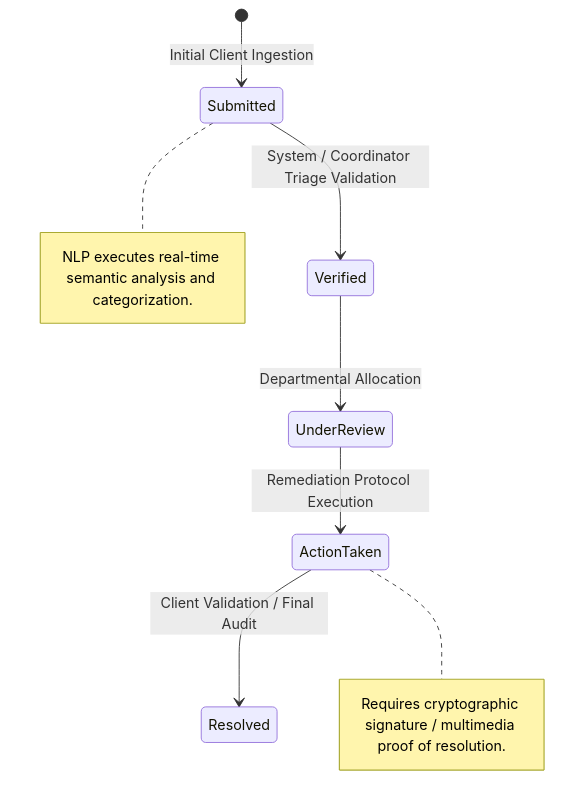
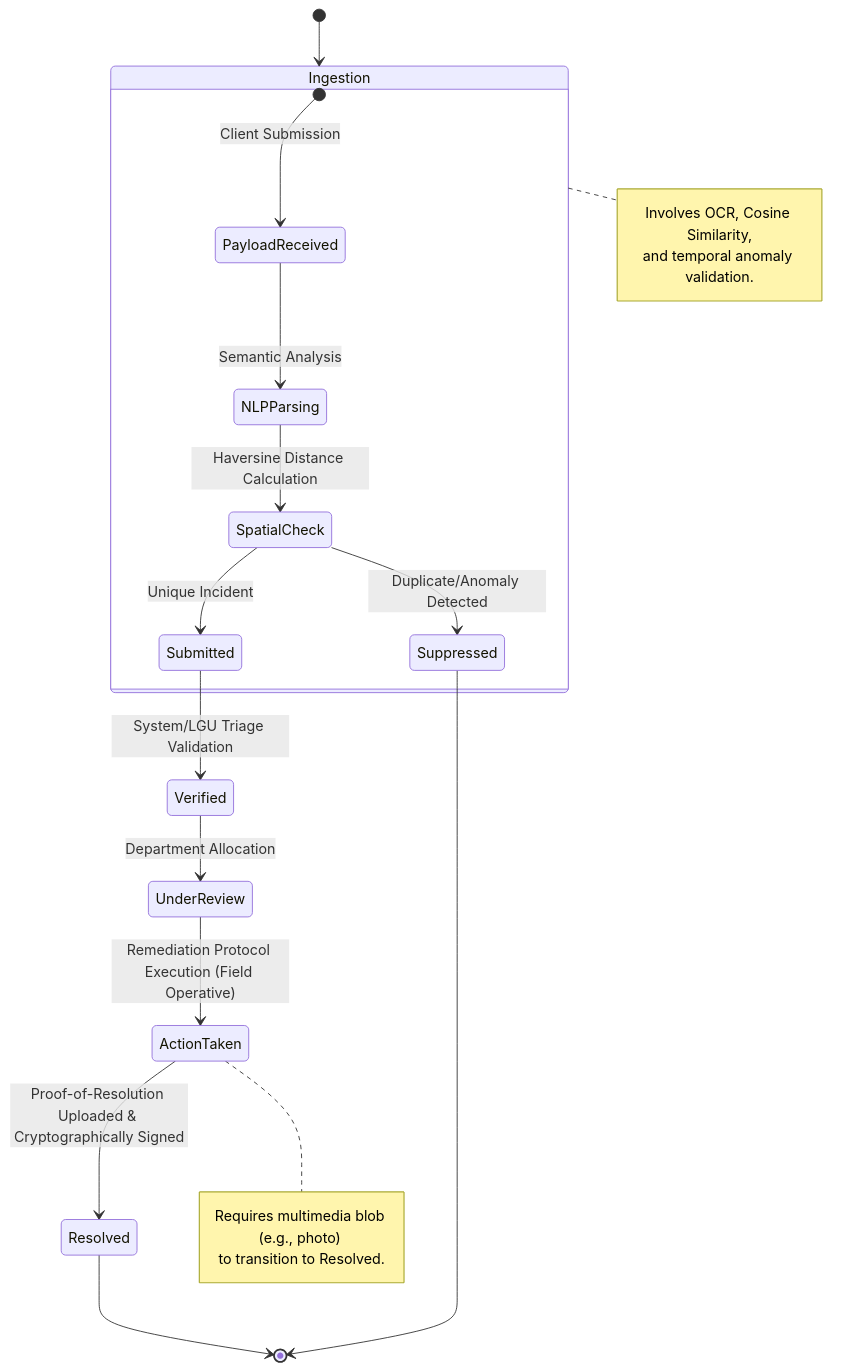
One commit to neko-san1432/CitizenLink changed the third of 5 diagrams in docs/architecture/system_design_academic.md. Above: the diagram before and after it, drawn with Mermaid. The commit also changed other lines of this file and 40 other files, not shown here.

````diff
--- a/docs/architecture/system_design_academic.md
+++ b/docs/architecture/system_design_academic.md
@@ -180,16 +128,35 @@
-```mermaid
+<div class="mermaid">
 stateDiagram-v2
-    [*] --> Submitted: Initial Client Ingestion
-    Submitted --> Verified: System / Coordinator Triage Validation
-    Verified --> UnderReview: Departmental Allocation
-    UnderReview --> ActionTaken: Remediation Protocol Execution
-    ActionTaken --> Resolved: Client Validation / Final Audit
+    %% Initial Ingestion Phase
+    [*] --> Ingestion
+
+    state Ingestion {
+        [*] --> PayloadReceived: Client Submission
+        PayloadReceived --> NLPParsing: Semantic Analysis
+        NLPParsing --> SpatialCheck: Haversine Distance Calculation
+        
+        SpatialCheck --> Submitted: Unique Incident
+        SpatialCheck --> Suppressed: Duplicate/Anomaly Detected
+    }
     
-    note right of Submitted
-        NLP executes real-time semantic analysis and categorization.
+    %% Manual Triage and Resolution Phase
+    Submitted --> Verified: System/LGU Triage Validation
+    Verified --> UnderReview: Department Allocation
+    UnderReview --> ActionTaken: Remediation Protocol Execution (Field Operative)
+    
+    %% Finalization
+    ActionTaken --> Resolved: Proof-of-Resolution Uploaded & Cryptographically Signed
+    
+    Suppressed --> [*]
+    Resolved --> [*]
+    
+    %% Notes for context
+    note right of Ingestion
+        Involves OCR, Cosine Similarity,
+        and temporal anomaly validation.
     end note
-    
     note right of ActionTaken
-        Requires cryptographic signature / multimedia proof of resolution.
+        Requires multimedia blob (e.g., photo) 
+        to transition to Resolved.
     end note
-```
+</div>
````
